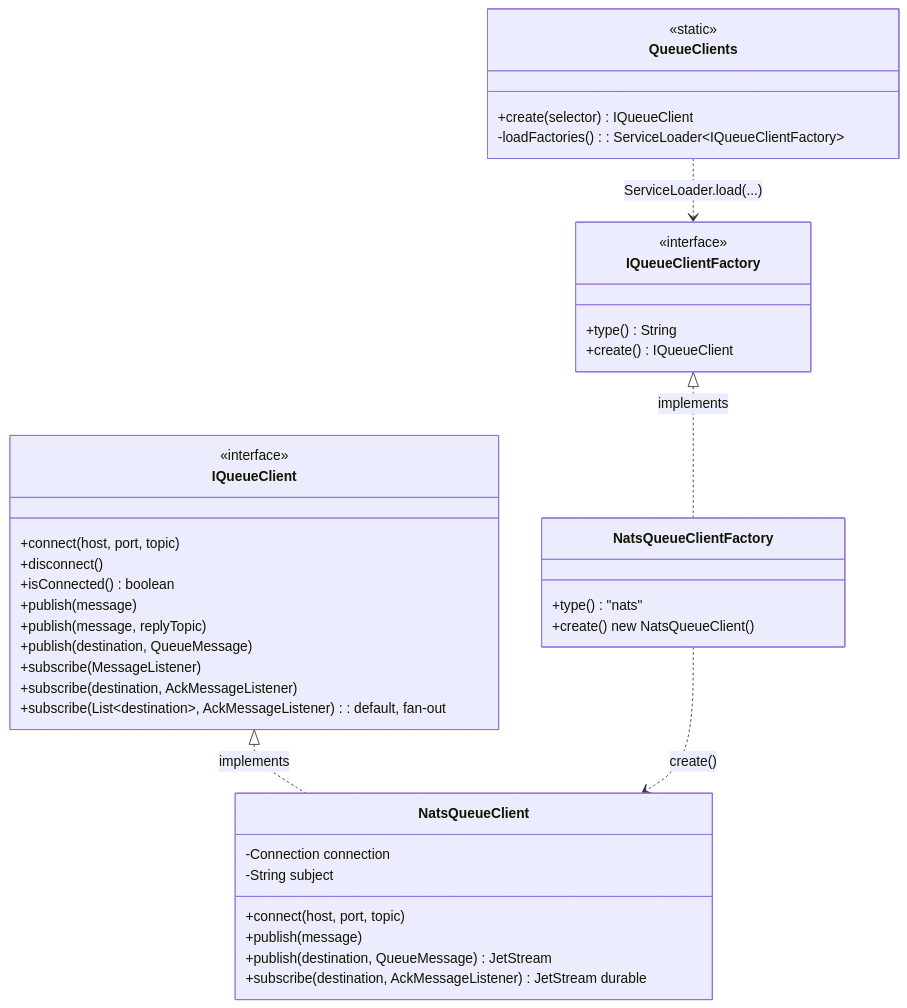
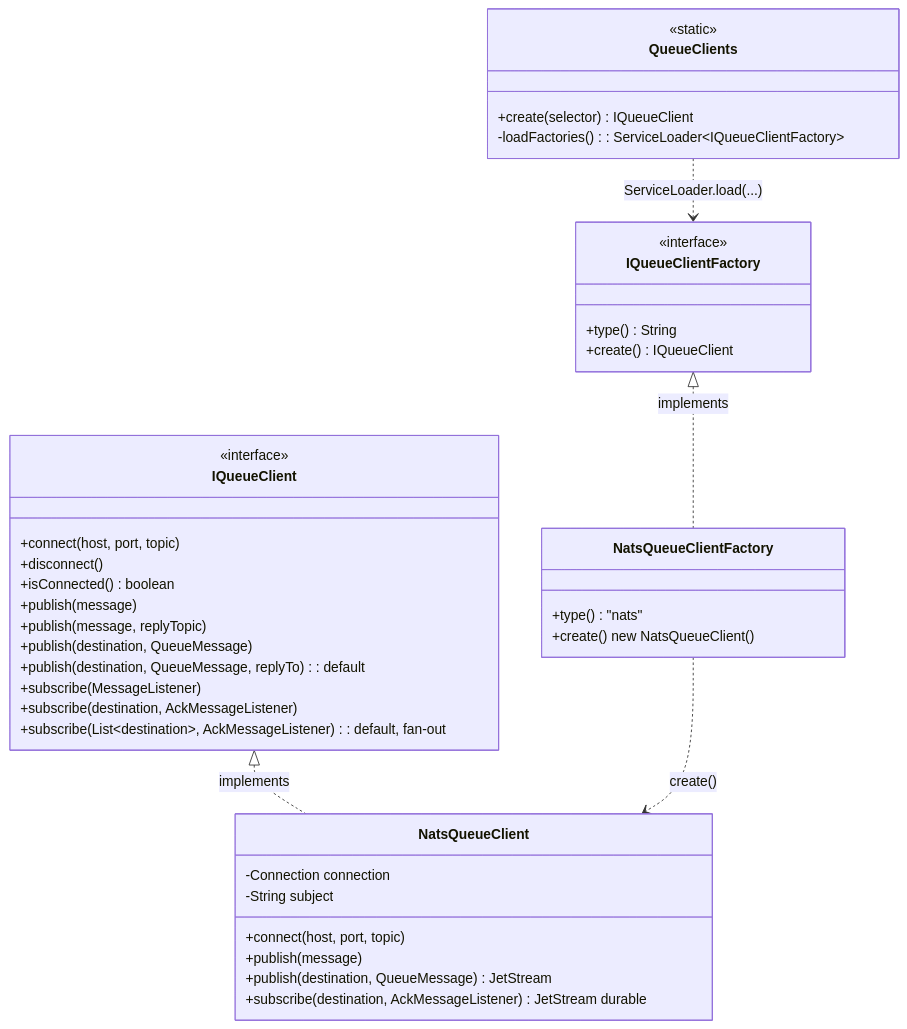
One commit to asebban/payos-docs changed the second of 8 diagrams in architecture/queue-architecture.md. Above: the diagram before and after it, drawn with Mermaid. The commit also changed other lines of this file and 21 other files, not shown here.

````diff
--- a/architecture/queue-architecture.md
+++ b/architecture/queue-architecture.md
@@ -62,46 +62,47 @@
 ```mermaid
 classDiagram
     class IQueueClient {
         <<interface>>
         +connect(host, port, topic)
         +disconnect()
         +isConnected() boolean
         +publish(message)
         +publish(message, replyTopic)
         +publish(destination, QueueMessage)
+        +publish(destination, QueueMessage, replyTo) : default
         +subscribe(MessageListener)
         +subscribe(destination, AckMessageListener)
         +subscribe(List~destination~, AckMessageListener) : default, fan-out
     }
 
     class NatsQueueClient {
         -Connection connection
         -String subject
         +connect(host, port, topic)
         +publish(message)
         +publish(destination, QueueMessage) JetStream
         +subscribe(destination, AckMessageListener) JetStream durable
     }
 
     class IQueueClientFactory {
         <<interface>>
         +type() String
         +create() IQueueClient
     }
 
     class NatsQueueClientFactory {
         +type() "nats"
         +create() new NatsQueueClient()
     }
 
     class QueueClients {
         <<static>>
         +create(selector) IQueueClient
         -loadFactories() : ServiceLoader~IQueueClientFactory~
     }
 
     IQueueClient <|.. NatsQueueClient : implements
     IQueueClientFactory <|.. NatsQueueClientFactory : implements
     NatsQueueClientFactory ..> NatsQueueClient : create()
     QueueClients ..> IQueueClientFactory : ServiceLoader.load(...)
 ```
````
